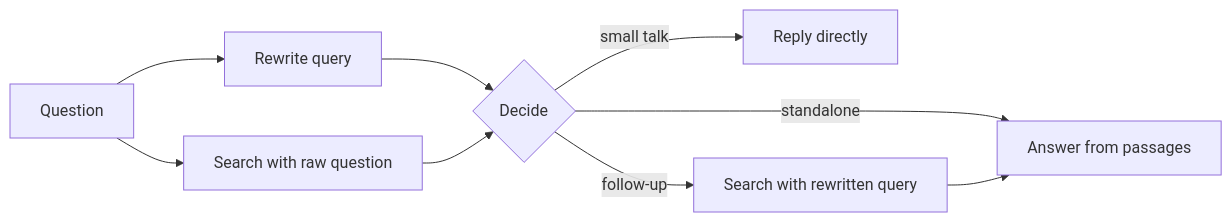
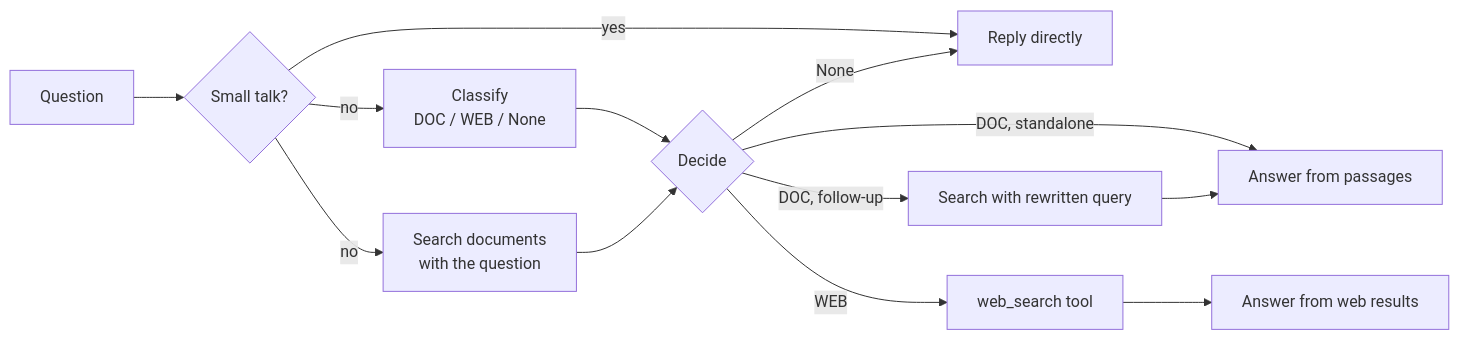
Before and after one commit to Varsha-1605/Question-Answering-Chatbot: the second of 2 diagrams in README.md, drawn with Mermaid. The commit also changed other lines of this file and 19 other files, not shown here.

Commit message:
Added Tavily web search tool and reduce response latency

````diff
--- a/README.md
+++ b/README.md
@@ -61,10 +64,13 @@
 ```mermaid
 flowchart LR
-    Q[Question] --> RW[Rewrite query]
-    Q --> RS[Search with raw question]
-    RW --> D{Decide}
+    Q[Question] --> ST{Small talk?}
+    ST -- yes --> C[Reply directly]
+    ST -- no --> CL[Classify<br/>DOC / WEB / None]
+    ST -- no --> RS[Search documents<br/>with the question]
+    CL --> D{Decide}
     RS --> D
-    D -- small talk --> C[Reply directly]
-    D -- standalone --> A[Answer from passages]
-    D -- follow-up --> S[Search with rewritten query] --> A
+    D -- None --> C
+    D -- DOC, standalone --> A[Answer from passages]
+    D -- DOC, follow-up --> S[Search with rewritten query] --> A
+    D -- WEB --> W[web_search tool] --> WA[Answer from web results]
 ```
````
